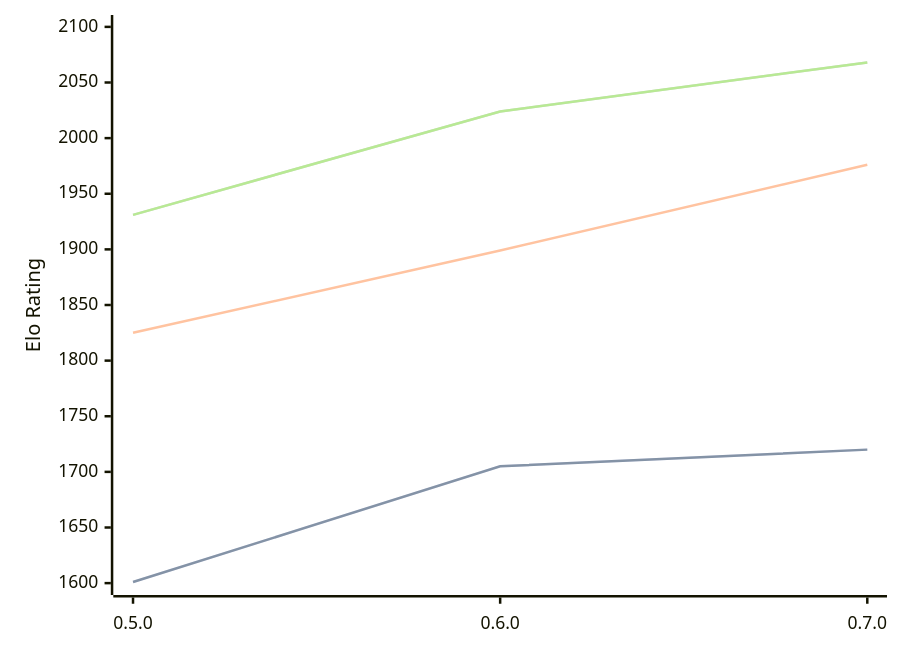
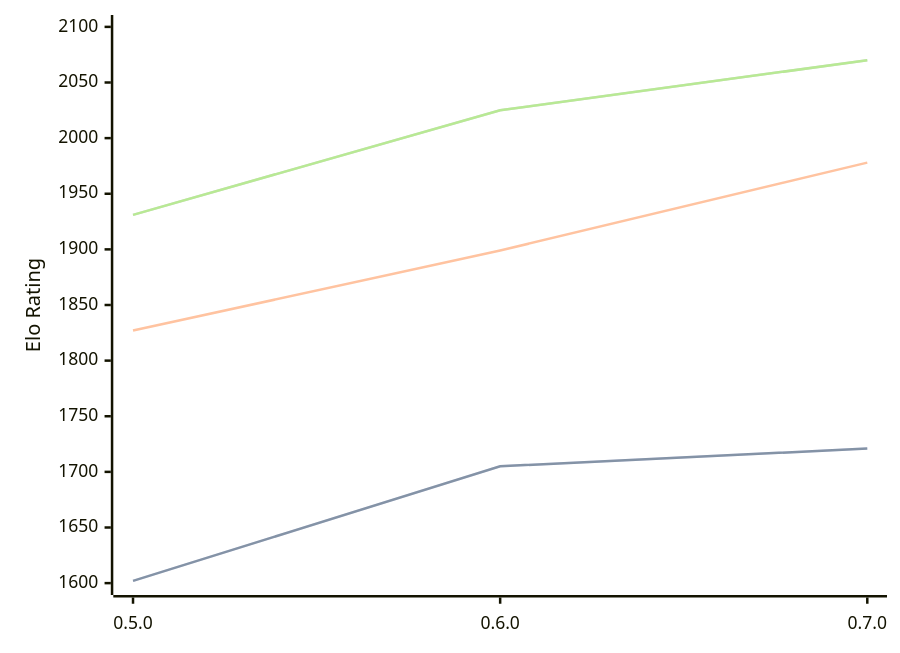
Before and after one commit to computer-chess-index/cci: the diagram in engines/Chess-rs.md, drawn with Mermaid. The commit also changed other lines of this file, not shown here.

Commit message:
Update CCI Ratings (ELO VLTC) - 2026-02-18

````diff
--- a/engines/Chess-rs.md
+++ b/engines/Chess-rs.md
@@ -38,11 +38,11 @@
 ```mermaid
 %%{init: {"theme":"base","themeVariables":{"seriesColors:['#a3a3a3','#222221','#faa371']}}}%%
 xychart-beta
   x-axis ["0.5.0", "0.6.0", "0.7.0"]
   y-axis "Elo Rating" 1600 --> 2100
-  line "STC (8.0+0.08s)" [1601, 1705, 1720]
-  line "STC (8.0+0.08s)" [1601, 1705, 1720]
-  line "LTC (60.0+0.60s)" [1825, 1899, 1976]
-  line "VLTC (2m24s+1.12s)" [1931, 2024, 2068]
-  line "VLTC (2m24s+1.12s)" [1931, 2024, 2068]
+  line "STC (8.0+0.08s)" [1602, 1705, 1721]
+  line "STC (8.0+0.08s)" [1602, 1705, 1721]
+  line "LTC (60.0+0.60s)" [1827, 1899, 1978]
+  line "VLTC (2m24s+1.12s)" [1931, 2025, 2070]
+  line "VLTC (2m24s+1.12s)" [1931, 2025, 2070]
 ```
````
